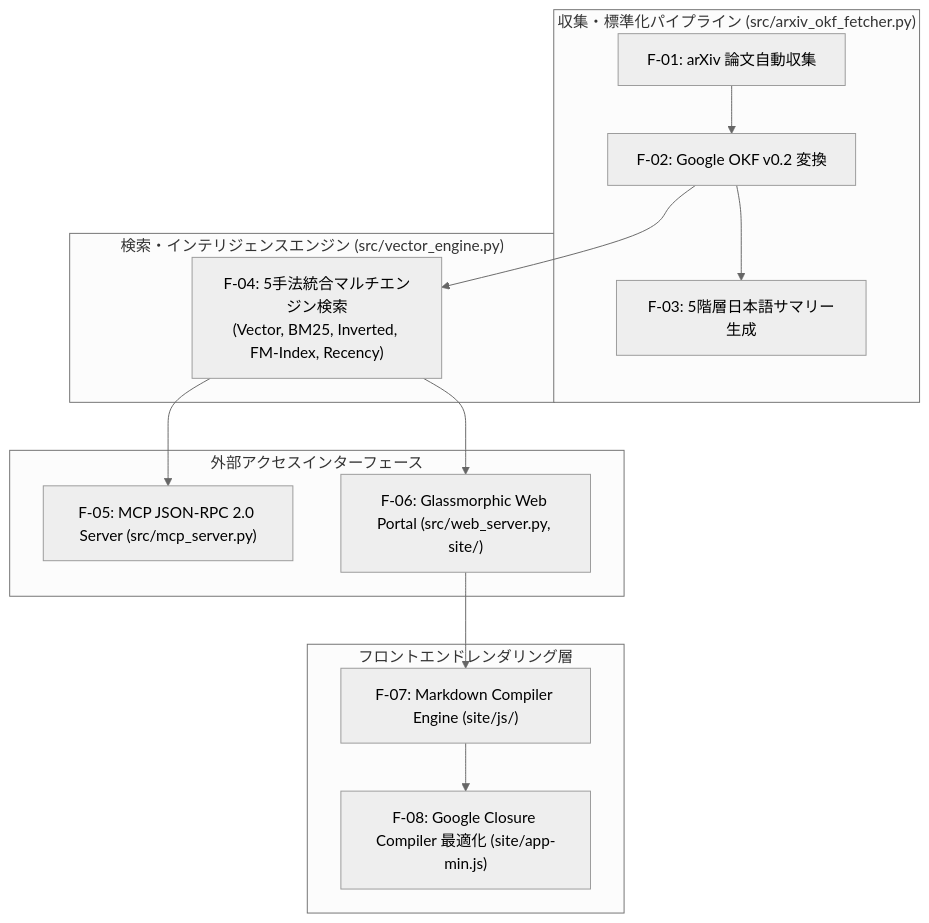
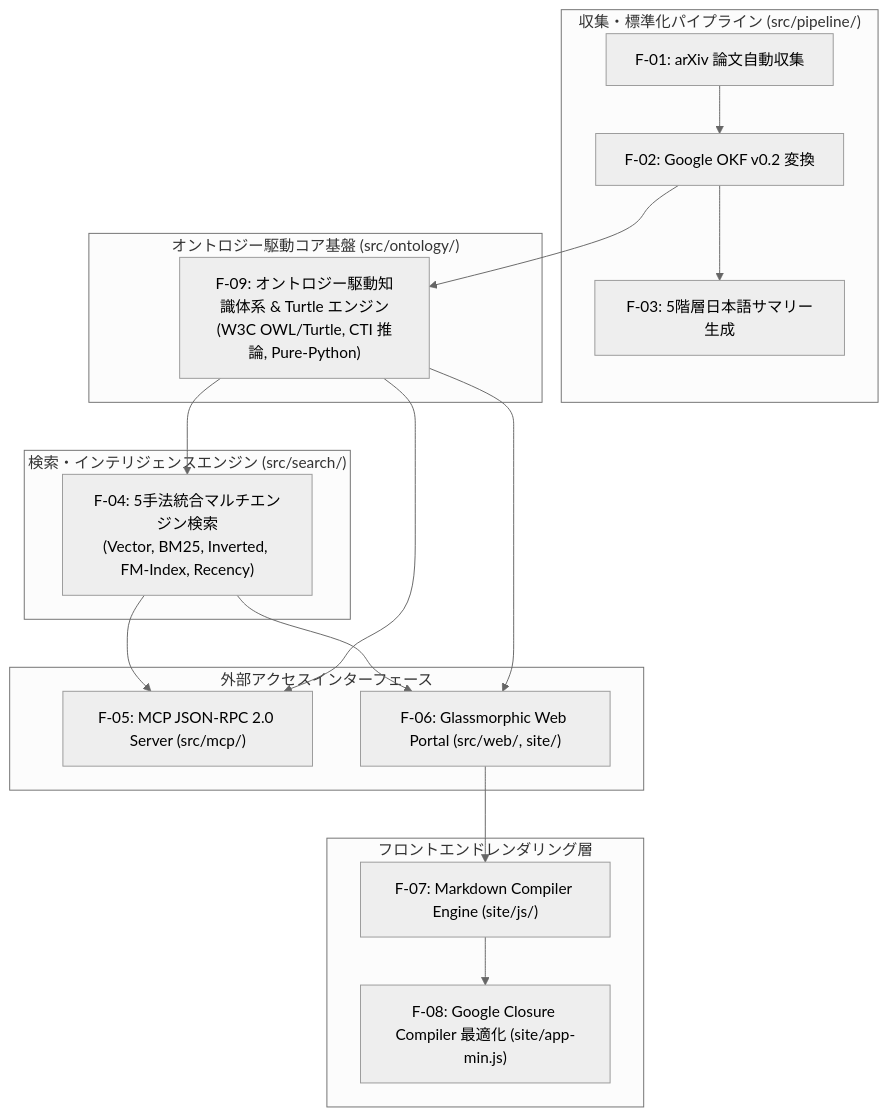
Before and after one commit to rokujyouhitoma/arxiv-security-papers: the diagram in docs/requirements/REQ-02-feature_list.md, drawn with Mermaid (neutral theme). The commit also changed other lines of this file and 10 other files, not shown here.

First line of the commit message:
feat(ontology): establish ontology-driven architecture and implement pure-python turtle engine (ID: 178)

````diff
--- a/docs/requirements/REQ-02-feature_list.md
+++ b/docs/requirements/REQ-02-feature_list.md
@@ -24,21 +25,27 @@
 ```mermaid
 flowchart TD
-    subgraph Pipeline ["収集・標準化パイプライン (src/arxiv_okf_fetcher.py)"]
+    subgraph Pipeline ["収集・標準化パイプライン (src/pipeline/)"]
         F1["F-01: arXiv 論文自動収集"] --> F2["F-02: Google OKF v0.2 変換"]
         F2 --> F3["F-03: 5階層日本語サマリー生成"]
     end
 
-    subgraph SearchEngine ["検索・インテリジェンスエンジン (src/vector_engine.py)"]
-        F2 --> F4["F-04: 5手法統合マルチエンジン検索<br/>(Vector, BM25, Inverted, FM-Index, Recency)"]
+    subgraph OntologyCore ["オントロジー駆動コア基盤 (src/ontology/)"]
+        F2 --> F9["F-09: オントロジー駆動知識体系 & Turtle エンジン<br/>(W3C OWL/Turtle, CTI 推論, Pure-Python)"]
+    end
+
+    subgraph SearchEngine ["検索・インテリジェンスエンジン (src/search/)"]
+        F9 --> F4["F-04: 5手法統合マルチエンジン検索<br/>(Vector, BM25, Inverted, FM-Index, Recency)"]
     end
 
     subgraph Interfaces ["外部アクセスインターフェース"]
-        F4 --> F5["F-05: MCP JSON-RPC 2.0 Server (src/mcp_server.py)"]
-        F4 --> F6["F-06: Glassmorphic Web Portal (src/web_server.py, site/)"]
+        F4 --> F5["F-05: MCP JSON-RPC 2.0 Server (src/mcp/)"]
+        F9 --> F5
+        F4 --> F6["F-06: Glassmorphic Web Portal (src/web/, site/)"]
+        F9 --> F6
     end
 
     subgraph FrontendEngine ["フロントエンドレンダリング層"]
         F6 --> F7["F-07: Markdown Compiler Engine (site/js/)"]
         F7 --> F8["F-08: Google Closure Compiler 最適化 (site/app-min.js)"]
     end
 ```
````
